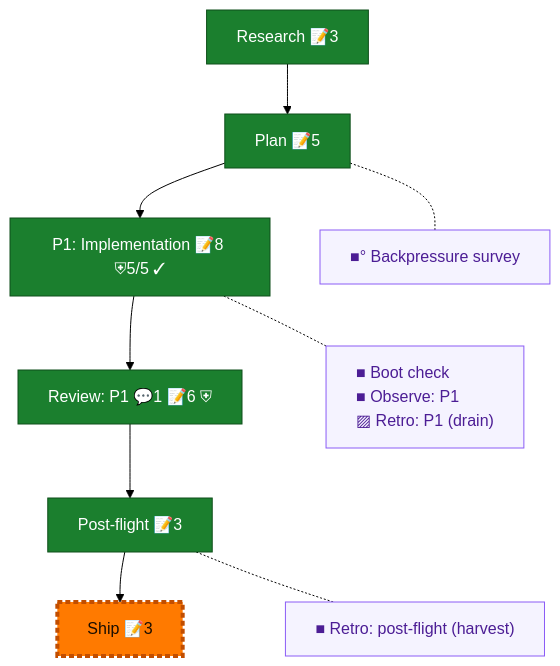
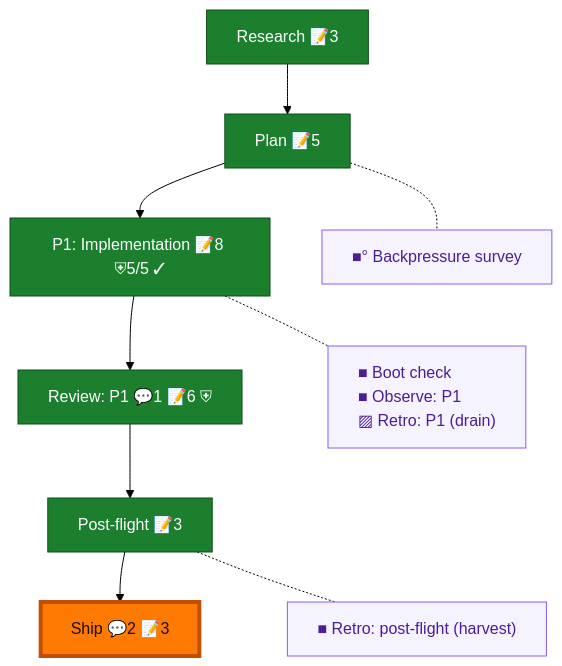
The diagram in docs/plans/archive/129-statusline-generation-badge/the-flow.md (vaughanknight/pij), drawn with Mermaid (forest theme) before and after one commit. The commit also changed other lines of this file and 2 other files, not shown here.

Commit message:
docs(ship): record plan 129 PR checks

````diff
--- a/docs/plans/archive/129-statusline-generation-badge/the-flow.md
+++ b/docs/plans/archive/129-statusline-generation-badge/the-flow.md
@@ -8,29 +8,28 @@
 ```mermaid
 flowchart TD
     research["Research 📝3"]:::done
     plan["Plan 📝5"]:::done
     phase_1["P1: Implementation 📝8 ⛨5/5 ✓"]:::done
     review_1["Review: P1 💬1 📝6 ⛨"]:::done
     post_flight["Post-flight 📝3"]:::done
-    ship["Ship 📝3"]:::assumed
+    ship["Ship 💬2 📝3"]:::done
 
     research --> plan --> phase_1 --> review_1 --> post_flight --> ship
 
     planC["■° Backpressure survey"]:::chore
     phase_1C["■ Boot check<br/>■ Observe: P1<br/>▨ Retro: P1 (drain)"]:::chore
     post_flightC["■ Retro: post-flight (harvest)"]:::chore
 
     %% invisible chain holds the gutter boxes in their own column
     planC ~~~ phase_1C ~~~ post_flightC
 
     %% dotted links pull each gutter box beside its node
     plan -.- planC
     phase_1 -.- phase_1C
     post_flight -.- post_flightC
 
     classDef done fill:#1B7F2E,stroke:#0F4F1B,color:#fff;
-    classDef assumed fill:#CFD8DC,stroke:#607D8B,color:#1a1a1a,stroke-dasharray:5 3;
     classDef chore fill:#f5f3ff,stroke:#8b5cf6,color:#4c1d95,text-align:left;
     classDef current fill:#FF7A00,stroke:#C24E00,color:#1a0e00,stroke-width:4px;
     class ship current;
 ```
````
